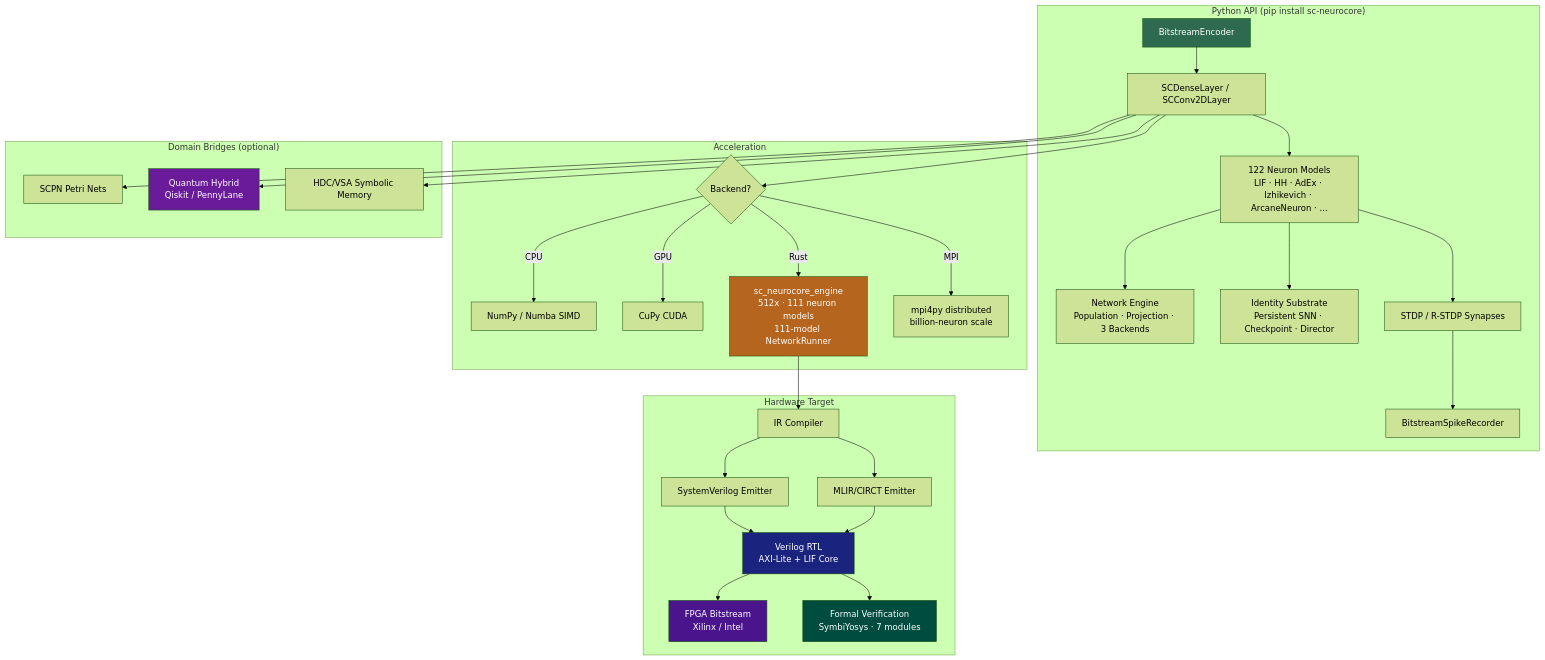
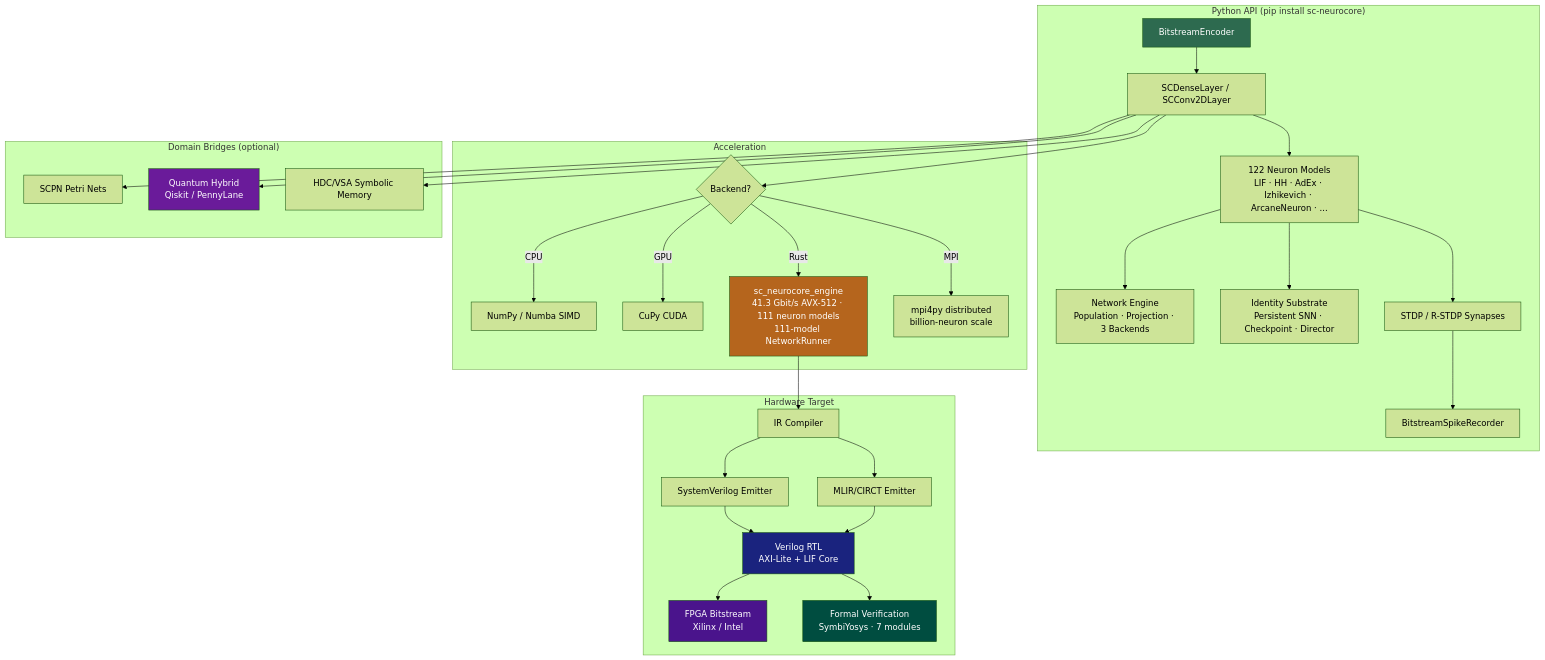
The diagram in README.md (anulum/sc-neurocore), drawn with Mermaid (forest theme) before and after one commit. The commit also changed other lines of this file and 11 other files, not shown here.

````diff
--- a/README.md
+++ b/README.md
@@ -228,42 +228,42 @@
 ```mermaid
 graph TD
     subgraph "Python API (pip install sc-neurocore)"
         A[BitstreamEncoder] --> B[SCDenseLayer / SCConv2DLayer]
         B --> C[122 Neuron Models<br/>LIF · HH · AdEx · Izhikevich · ArcaneNeuron · ...]
         C --> NET[Network Engine<br/>Population · Projection · 3 Backends]
         C --> ID[Identity Substrate<br/>Persistent SNN · Checkpoint · Director]
         C --> D[STDP / R-STDP Synapses]
         D --> E[BitstreamSpikeRecorder]
     end
 
     subgraph "Acceleration"
         B --> F{Backend?}
         F -->|CPU| G[NumPy / Numba SIMD]
         F -->|GPU| H[CuPy CUDA]
-        F -->|Rust| I[sc_neurocore_engine<br/>512x · 111 neuron models<br/>111-model NetworkRunner]
+        F -->|Rust| I[sc_neurocore_engine<br/>41.3 Gbit/s AVX-512 · 111 neuron models<br/>111-model NetworkRunner]
         F -->|MPI| MPI[mpi4py distributed<br/>billion-neuron scale]
     end
 
     subgraph "Hardware Target"
         I --> J[IR Compiler]
         J --> K[SystemVerilog Emitter]
         J --> K2[MLIR/CIRCT Emitter]
         K --> L[Verilog RTL<br/>AXI-Lite + LIF Core]
         K2 --> L
         L --> M[FPGA Bitstream<br/>Xilinx / Intel]
         L --> V[Formal Verification<br/>SymbiYosys · 7 modules]
     end
 
     subgraph "Domain Bridges (optional)"
         B --> N[SCPN Petri Nets]
         B --> O[Quantum Hybrid<br/>Qiskit / PennyLane]
         B --> P[HDC/VSA Symbolic Memory]
     end
 
     style A fill:#2d6a4f,color:#fff
     style I fill:#b5651d,color:#fff
     style L fill:#1a237e,color:#fff
     style M fill:#4a148c,color:#fff
     style O fill:#6a1b9a,color:#fff
     style V fill:#004d40,color:#fff
 ```
````
